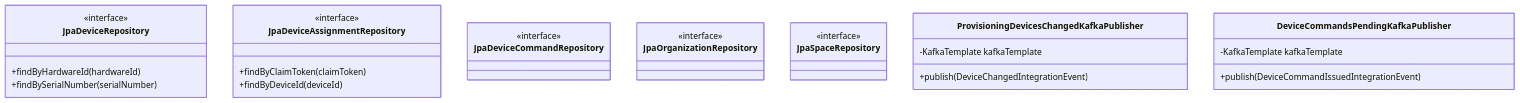
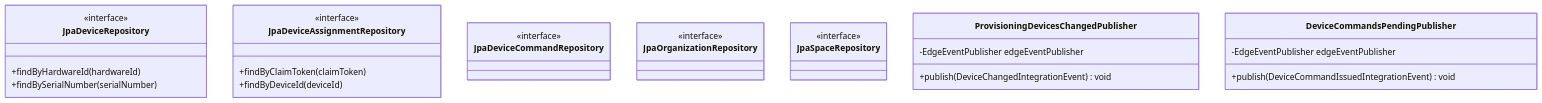
One commit to Vanana-Desarrollo-de-Soluciones-IOT/clair-core changed the fifth of 5 diagrams in docs/class-diagrams/device-bc.md. Above: the diagram before and after it, drawn with Mermaid. The commit also changed other lines of this file and 54 other files, not shown here.

First line of the commit message:
feat: Add EdgePresenceController for reporting device presence status

````diff
--- a/docs/class-diagrams/device-bc.md
+++ b/docs/class-diagrams/device-bc.md
@@ -427,30 +429,30 @@
 ```mermaid
 classDiagram
 class JpaDeviceRepository {
     <<interface>>
     +findByHardwareId(hardwareId)
     +findBySerialNumber(serialNumber)
 }
 class JpaDeviceAssignmentRepository {
     <<interface>>
     +findByClaimToken(claimToken)
     +findByDeviceId(deviceId)
 }
 class JpaDeviceCommandRepository {
     <<interface>>
 }
 class JpaOrganizationRepository {
     <<interface>>
 }
 class JpaSpaceRepository {
     <<interface>>
 }
-class ProvisioningDevicesChangedKafkaPublisher {
-    -KafkaTemplate kafkaTemplate
-    +publish(DeviceChangedIntegrationEvent)
+class ProvisioningDevicesChangedPublisher {
+    -EdgeEventPublisher edgeEventPublisher
+    +publish(DeviceChangedIntegrationEvent) void
 }
-class DeviceCommandsPendingKafkaPublisher {
-    -KafkaTemplate kafkaTemplate
-    +publish(DeviceCommandIssuedIntegrationEvent)
+class DeviceCommandsPendingPublisher {
+    -EdgeEventPublisher edgeEventPublisher
+    +publish(DeviceCommandIssuedIntegrationEvent) void
 }
 ```
````
